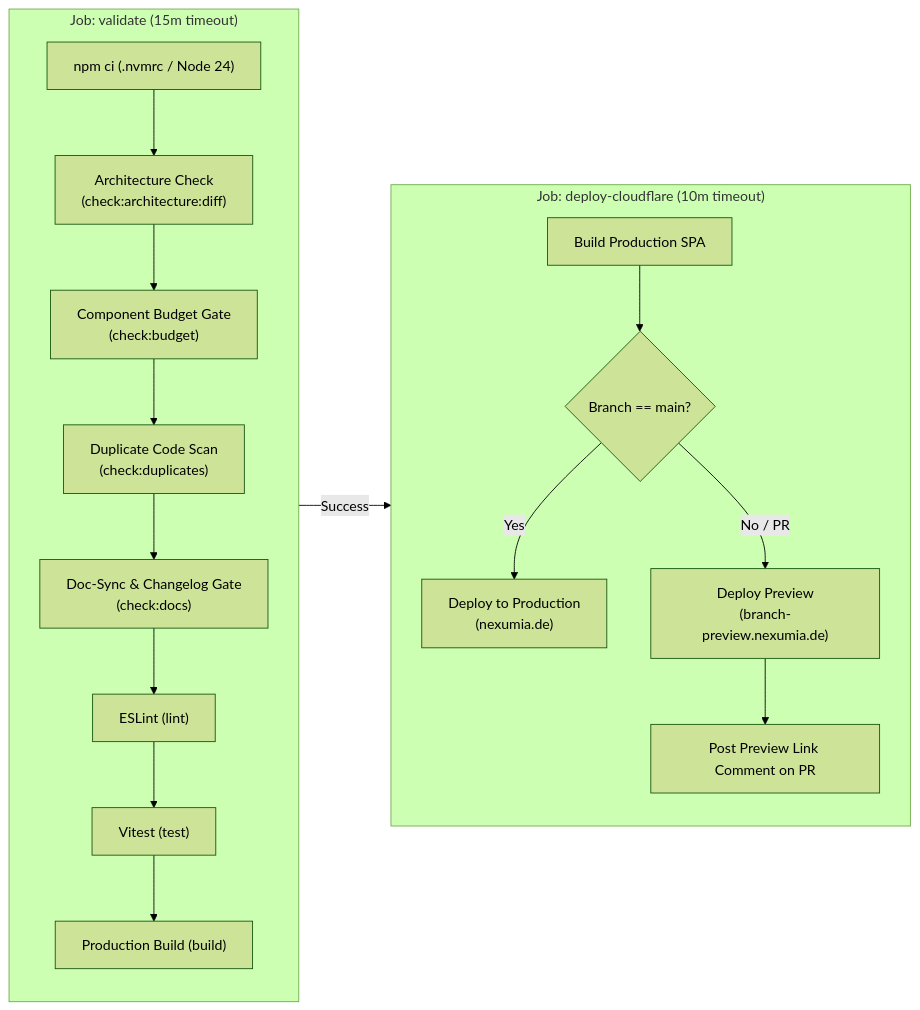
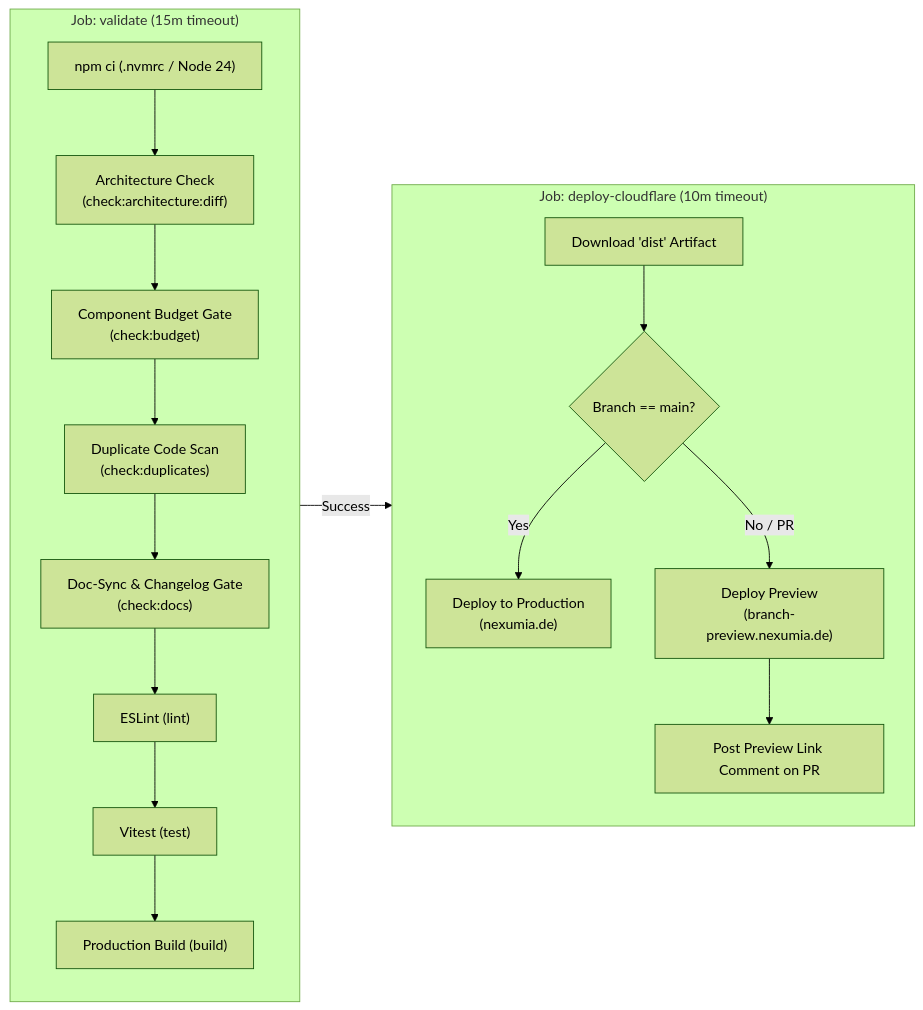
The second of 2 diagrams in docs/workflows/ci-cd-pipelines.md (suitably/LocalGameGalaxy), drawn with Mermaid (forest theme) before and after one commit. The commit also changed 1 other file, not shown here.

Commit message:
fix(ci): deploy-cloudflare needs validate and reuses dist build artifact
- add needs: validate to deploy-cloudflare in ci.yml
- upload dist artifact in validate job via actions/upload-artifact@ea165f8d65b6e75b540449e92b4886f43607fa02
- download dist artifact in deploy-cloudflare via actions/download-artifact@cc203385981b70ca67e1cc392babf9cc229d5806
- remove duplicate npm ci and npm run build steps in deploy-cloudflare
- update docs/workflows/ci-cd-pipelines.md pipeline diagram

Closes #284

````diff
--- a/docs/workflows/ci-cd-pipelines.md
+++ b/docs/workflows/ci-cd-pipelines.md
@@ -68,23 +68,23 @@
 ```mermaid
 flowchart LR
     subgraph Job1["Job: validate (15m timeout)"]
         direction TB
         S1["npm ci (.nvmrc / Node 24)"] --> S2["Architecture Check<br/>(check:architecture:diff)"]
         S2 --> S3["Component Budget Gate<br/>(check:budget)"]
         S3 --> S4["Duplicate Code Scan<br/>(check:duplicates)"]
         S4 --> S5["Doc-Sync & Changelog Gate<br/>(check:docs)"]
         S5 --> S6["ESLint (lint)"]
         S6 --> S7["Vitest (test)"]
         S7 --> S8["Production Build (build)"]
     end
 
     subgraph Job2["Job: deploy-cloudflare (10m timeout)"]
         direction TB
-        D1["Build Production SPA"] --> D2{"Branch == main?"}
+        D1["Download 'dist' Artifact"] --> D2{"Branch == main?"}
         D2 -->|Yes| D3["Deploy to Production<br/>(nexumia.de)"]
         D2 -->|No / PR| D4["Deploy Preview<br/>(branch-preview.nexumia.de)"]
         D4 --> D5["Post Preview Link Comment on PR"]
     end
 
     Job1 -->|Success| Job2
 ```
````
